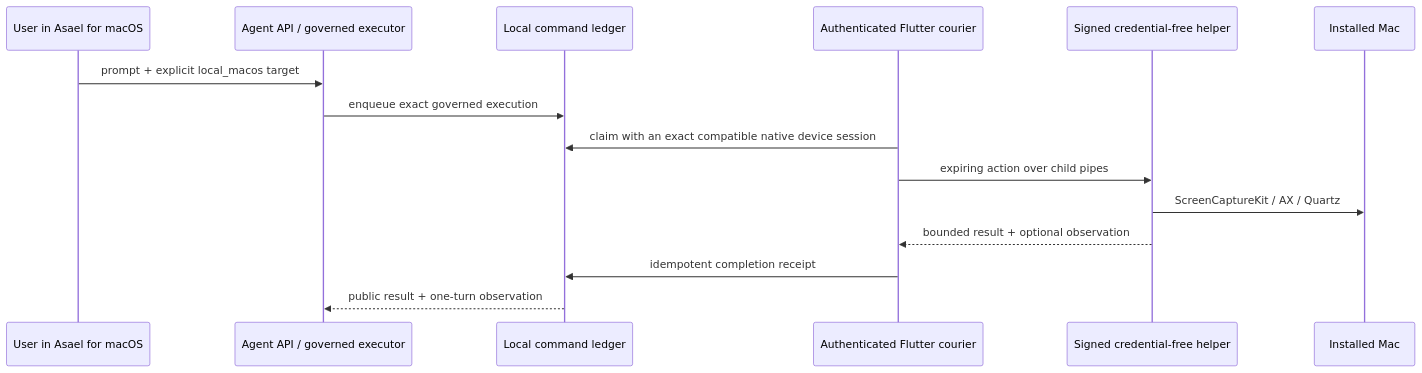
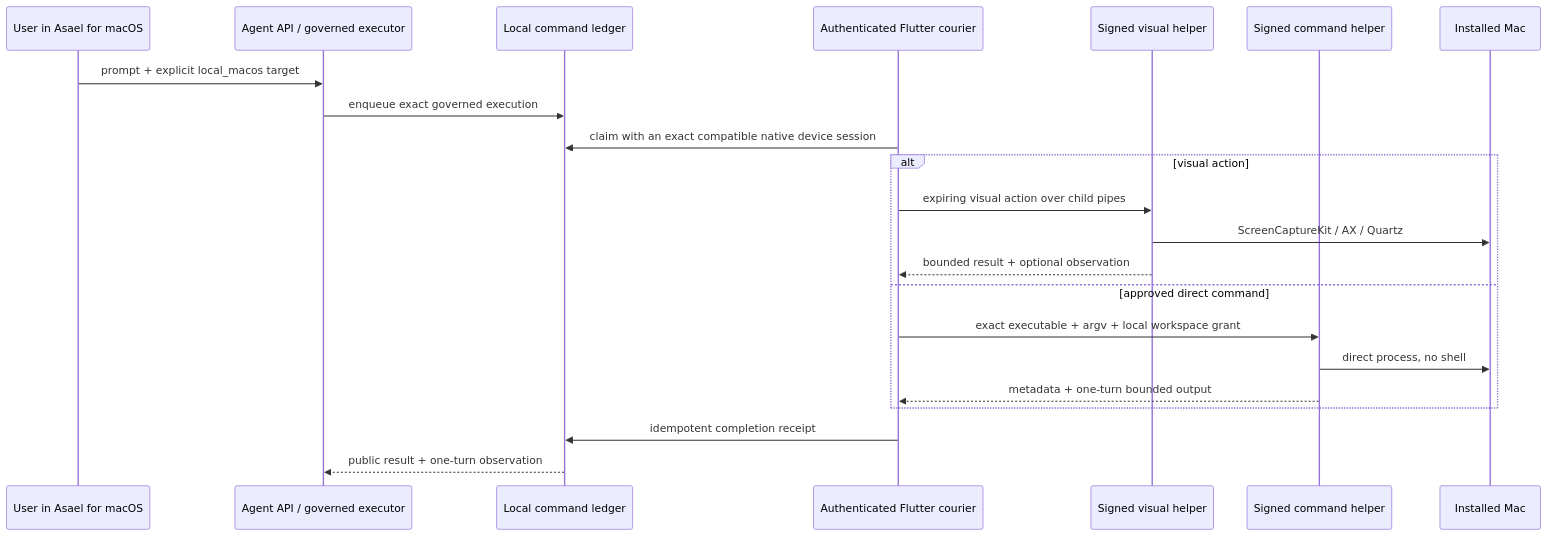
One commit to benniejoseph/OmniAgentOS changed the third of 3 diagrams in docs/architecture.md. Above: the diagram before and after it, drawn with Mermaid. The commit also changed other lines of this file and 5 other files, not shown here.

````diff
--- a/docs/architecture.md
+++ b/docs/architecture.md
@@ -211,18 +215,25 @@
 ```mermaid
 sequenceDiagram
   participant U as User in Asael for macOS
   participant A as Agent API / governed executor
   participant Q as Local command ledger
   participant F as Authenticated Flutter courier
-  participant H as Signed credential-free helper
+  participant H as Signed visual helper
+  participant C as Signed command helper
   participant M as Installed Mac
 
   U->>A: prompt + explicit local_macos target
   A->>Q: enqueue exact governed execution
   F->>Q: claim with an exact compatible native device session
-  F->>H: expiring action over child pipes
-  H->>M: ScreenCaptureKit / AX / Quartz
-  H-->>F: bounded result + optional observation
+  alt visual action
+    F->>H: expiring visual action over child pipes
+    H->>M: ScreenCaptureKit / AX / Quartz
+    H-->>F: bounded result + optional observation
+  else approved direct command
+    F->>C: exact executable + argv + local workspace grant
+    C->>M: direct process, no shell
+    C-->>F: metadata + one-turn bounded output
+  end
   F->>Q: idempotent completion receipt
   Q-->>A: public result + one-turn observation
 ```
````
